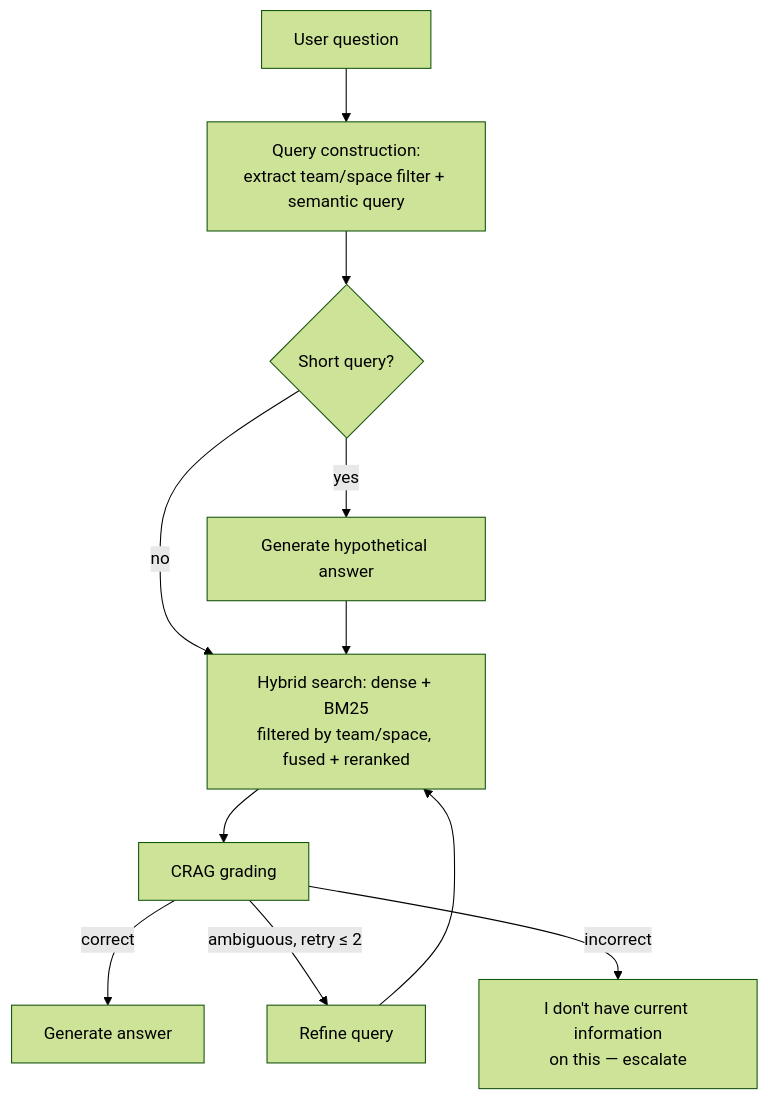
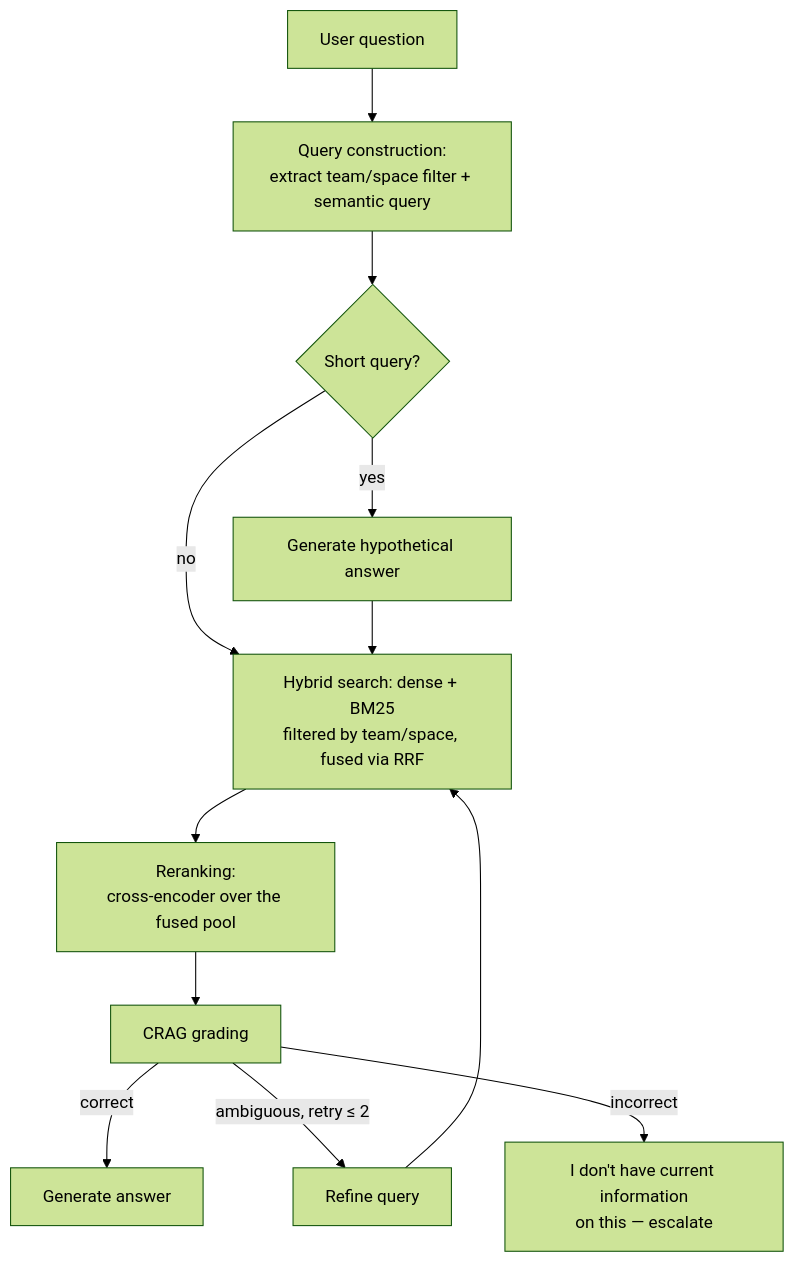
Before and after one commit to BiswajeetRaut/genai_notes: the diagram in part-4-capstone-build-tfe-agent/05-scaling-to-1m-requests-vector-retrieval-crisis/README.md, drawn with Mermaid (forest theme). The commit also changed other lines of this file and 6 other files, not shown here.

````diff
--- a/part-4-capstone-build-tfe-agent/05-scaling-to-1m-requests-vector-retrieval-crisis/README.md
+++ b/part-4-capstone-build-tfe-agent/05-scaling-to-1m-requests-vector-retrieval-crisis/README.md
@@ -62,12 +67,13 @@
 ```mermaid
 flowchart TD
     Q[User question] --> QC["Query construction:\nextract team/space filter + semantic query"]
     QC --> HyDE{Short query?}
     HyDE -->|yes| GenHyp[Generate hypothetical answer]
     HyDE -->|no| Hybrid
-    GenHyp --> Hybrid["Hybrid search: dense + BM25\nfiltered by team/space, fused + reranked"]
-    Hybrid --> Grade[CRAG grading]
+    GenHyp --> Hybrid["Hybrid search: dense + BM25\nfiltered by team/space, fused via RRF"]
+    Hybrid --> Rerank["Reranking:\ncross-encoder over the fused pool"]
+    Rerank --> Grade[CRAG grading]
     Grade -->|correct| Gen[Generate answer]
     Grade -->|ambiguous, retry ≤ 2| Refine[Refine query] --> Hybrid
     Grade -->|incorrect| Fallback["I don't have current information\non this — escalate"]
 ```
````
